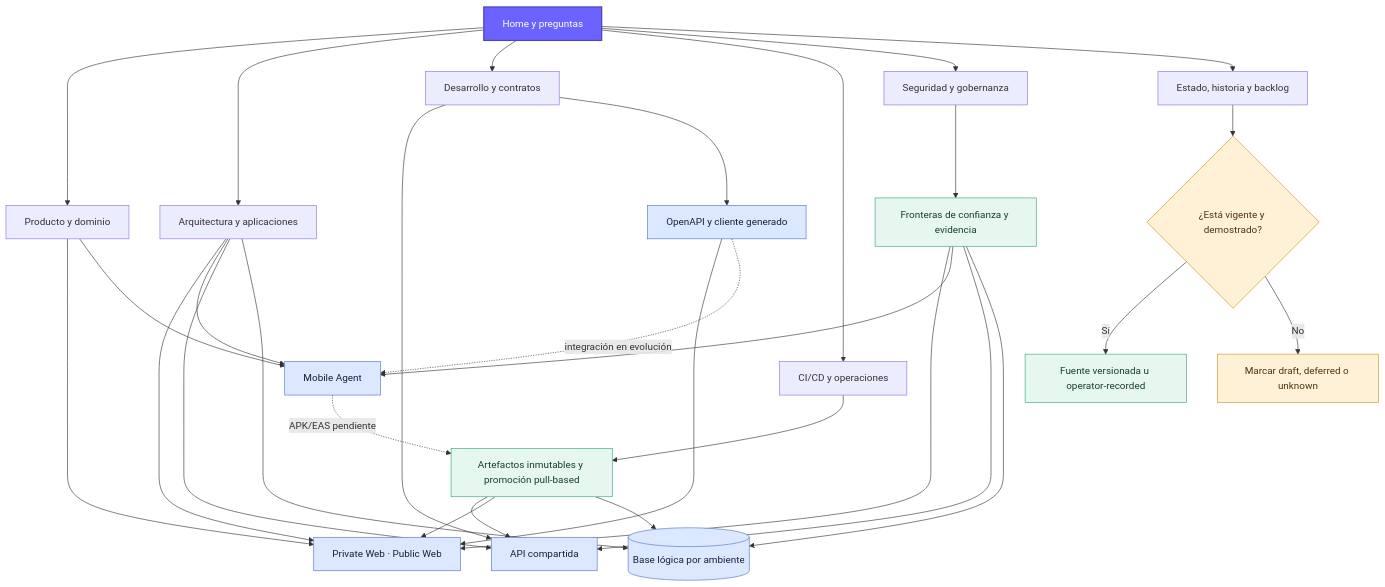
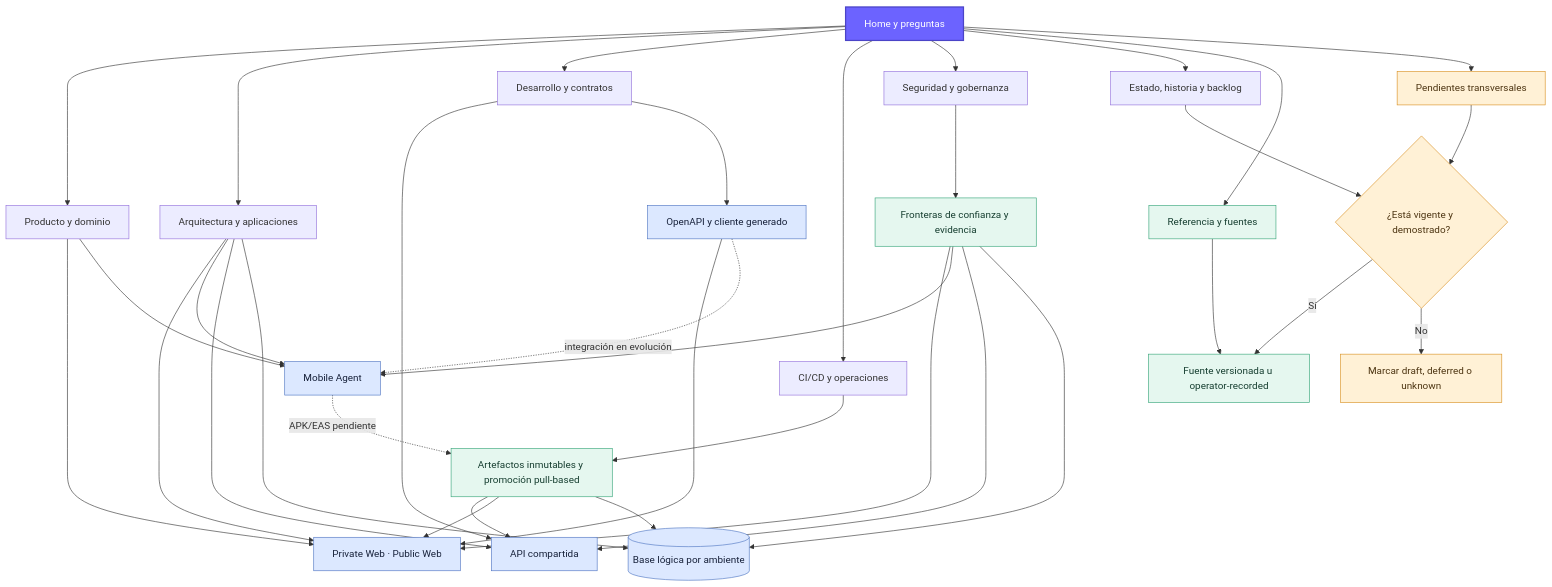
One commit to ErickEduardo027/ELEVANT changed the diagram in Vault/diagrams/atlas-elevant.md. Above: the diagram before and after it, drawn with Mermaid. The commit also changed other lines of this file and 64 other files, not shown here.

````diff
--- a/Vault/diagrams/atlas-elevant.md
+++ b/Vault/diagrams/atlas-elevant.md
@@ -48,42 +50,48 @@
 ```mermaid
 flowchart TB
     H[Home y preguntas] --> P[Producto y dominio]
     H --> A[Arquitectura y aplicaciones]
     H --> D[Desarrollo y contratos]
     H --> O[CI/CD y operaciones]
     H --> G[Seguridad y gobernanza]
     H --> E[Estado, historia y backlog]
+    H --> REF[Referencia y fuentes]
+    H --> BACK[Pendientes transversales]
 
     P --> WEB[Private Web · Public Web]
     P --> MOB[Mobile Agent]
     A --> WEB
     A --> MOB
     A --> API[API compartida]
     A --> DB[(Base lógica por ambiente)]
     D --> API
     D --> CONTRACT[OpenAPI y cliente generado]
     CONTRACT --> WEB
     CONTRACT -.->|integración en evolución| MOB
     O --> RELEASE[Artefactos inmutables y promoción pull-based]
     RELEASE --> API
     RELEASE --> WEB
     MOB -.->|APK/EAS pendiente| RELEASE
     RELEASE --> DB
     G --> TRUST[Fronteras de confianza y evidencia]
     TRUST --> WEB
     TRUST --> MOB
     TRUST --> API
     TRUST --> DB
     E --> CHECK{¿Está vigente y demostrado?}
+    REF --> SOURCE
+    BACK --> CHECK
     CHECK -->|Sí| SOURCE[Fuente versionada u operator-recorded]
     CHECK -->|No| LABEL[Marcar draft, deferred o unknown]
 
     classDef entry fill:#6c63ff,color:#fff,stroke:#4b44c7,stroke-width:2px;
     classDef system fill:#dce8ff,color:#17213a,stroke:#4f75c2;
     classDef control fill:#e5f7ef,color:#173f31,stroke:#36a579;
     classDef caution fill:#fff1d6,color:#4d3512,stroke:#d99021;
     class H entry;
     class WEB,MOB,API,DB,CONTRACT system;
     class RELEASE,TRUST,SOURCE control;
     class CHECK,LABEL caution;
+    class BACK caution;
+    class REF control;
 ```
````
